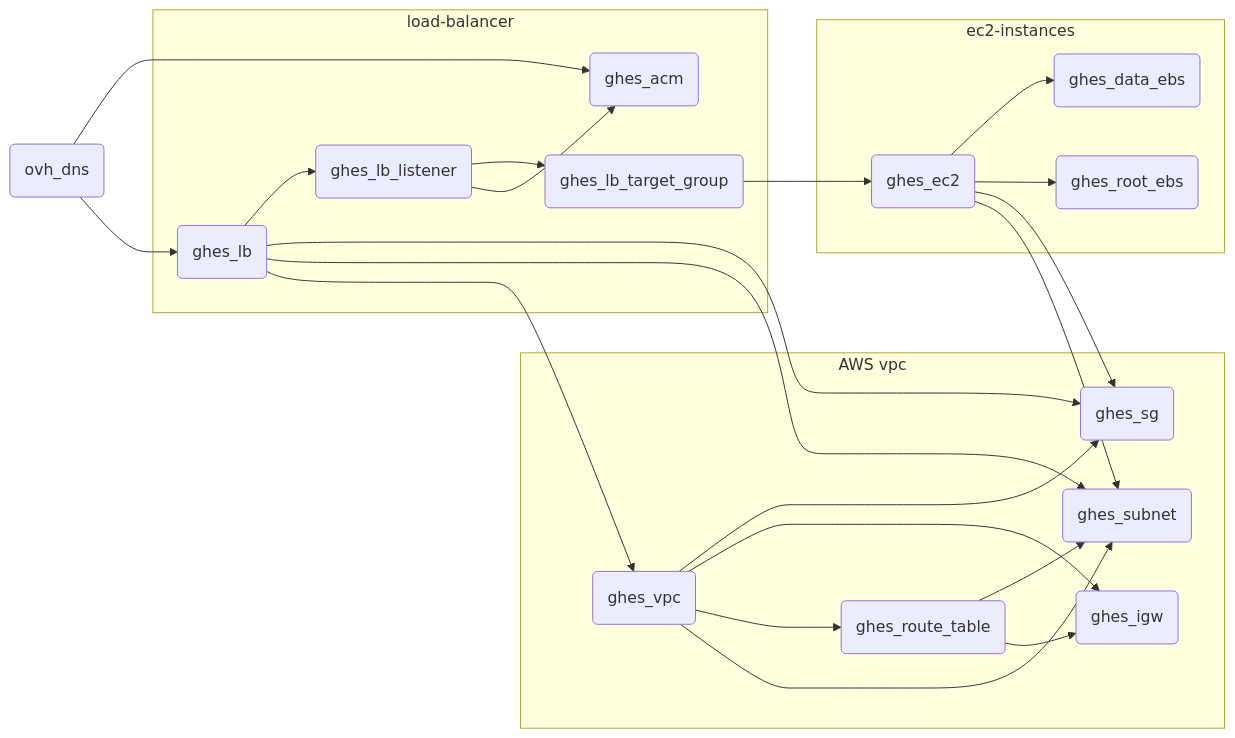
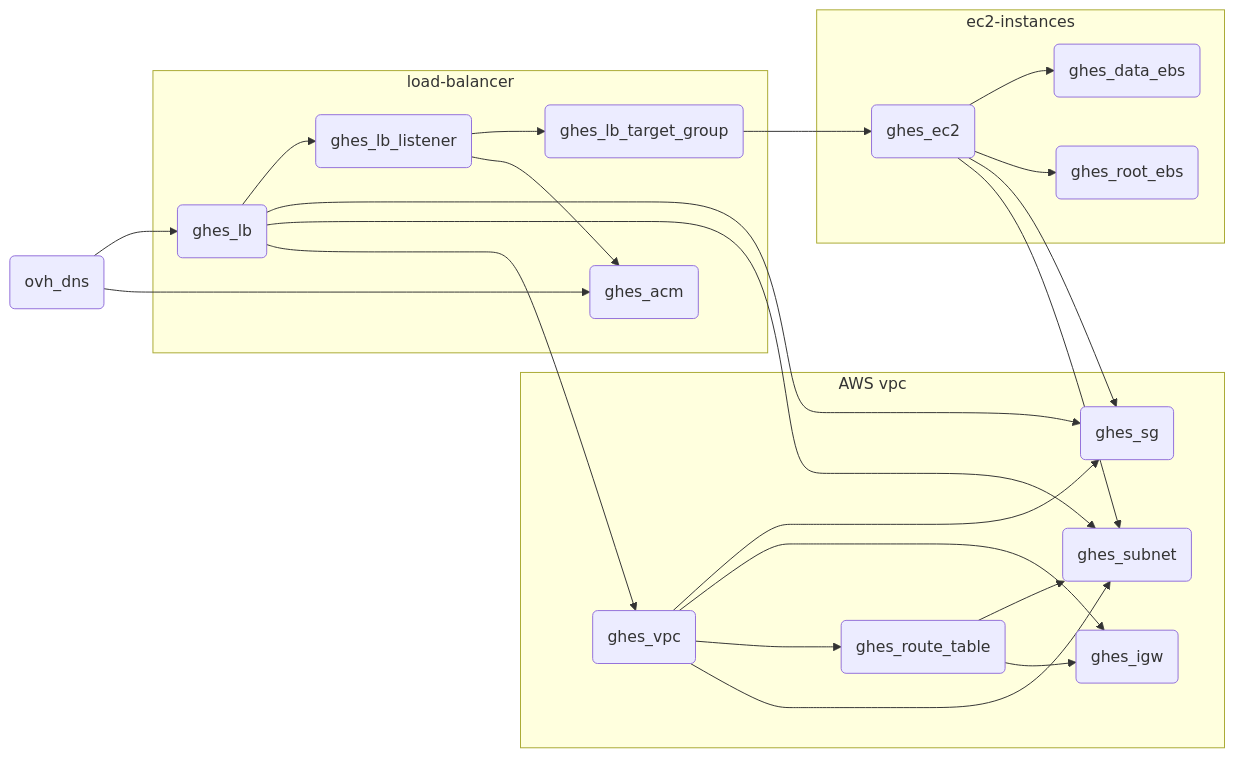
The diagram in README.md (tdupoiron-org/terraform-ghes), drawn with Mermaid before and after one commit. The commit also changed other lines of this file, not shown here.

Commit message:
Update DNS configuration for ALB

````diff
--- a/README.md
+++ b/README.md
@@ -7,48 +7,48 @@
 ```mermaid
 flowchart LR
 vpc(ghes_vpc)
 subnet(ghes_subnet)
 internet_gateway(ghes_igw)
 route_table(ghes_route_table)
 security_group(ghes_sg)
 instance(ghes_ec2)
 volume_data(ghes_data_ebs)
 volume_root(ghes_root_ebs)
 alb(ghes_lb)
 alb_listener(ghes_lb_listener)
 alb_target_group(ghes_lb_target_group)
 acm(ghes_acm)
 ovh_dns(ovh_dns)
 
 subgraph "AWS vpc"
 vpc-->subnet
 vpc-->route_table
 vpc-->internet_gateway
 vpc-->security_group
 route_table-->internet_gateway
 route_table-->subnet
 end
 
 subgraph "ec2-instances"
 instance-->subnet
 instance-->security_group
 instance-->volume_root
 instance-->volume_data
 end
 
 subgraph "load-balancer"
 alb-->vpc
 alb-->subnet
 alb-->security_group
 alb-->alb_listener
 
 alb_listener-->acm
 alb_listener-->alb_target_group
 
 alb_target_group-->instance
 end
 
+ovh_dns-->acm
 ovh_dns-->alb
-ovh_dns-->acm
 
 ```
````
